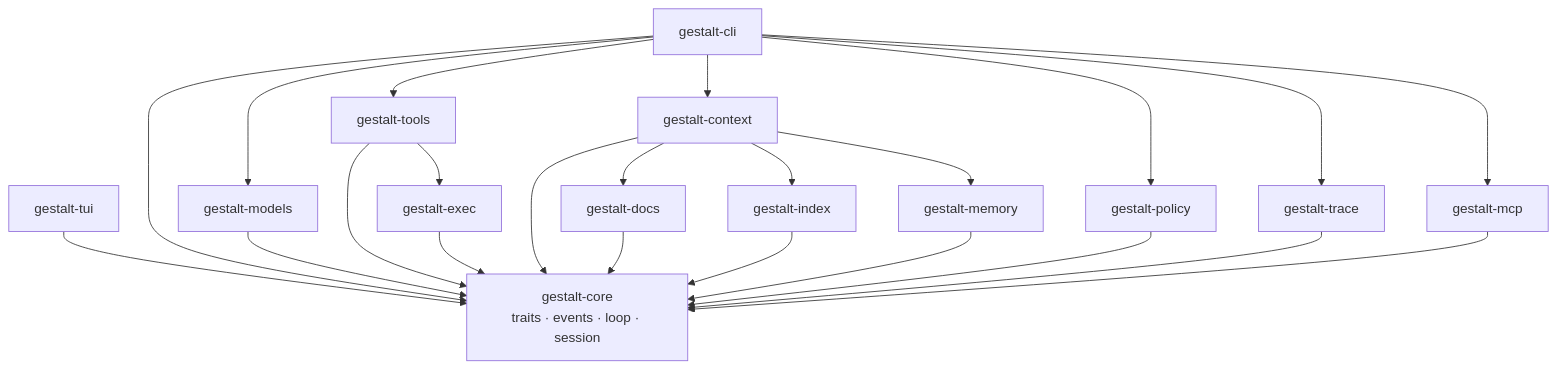
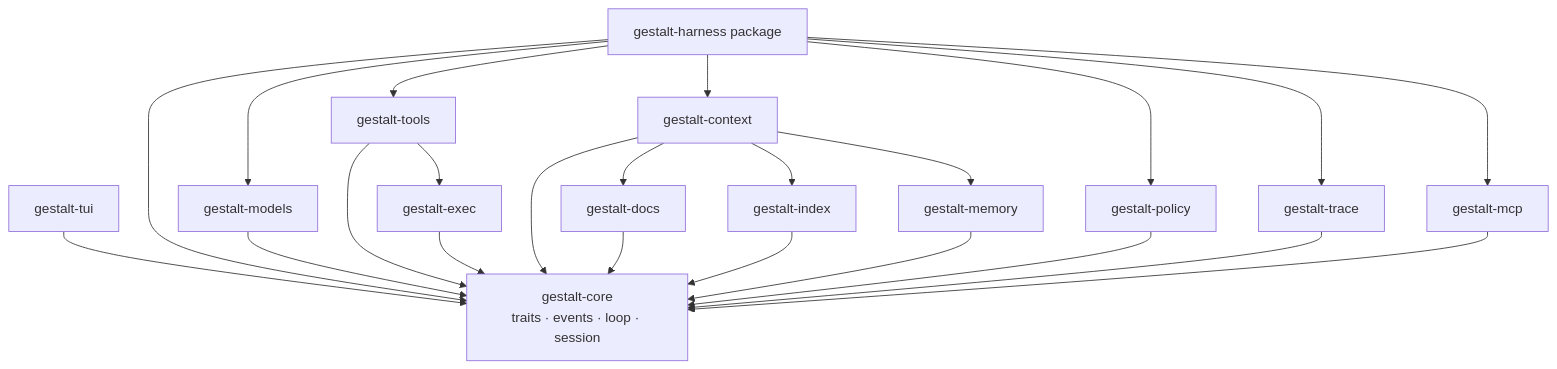
One commit to woshi517/gestalt-harness changed the second of 11 diagrams in docs/gestalt-harness-architecture.md. Above: the diagram before and after it, drawn with Mermaid. The commit also changed other lines of this file and 14 other files, not shown here.

````diff
--- a/docs/gestalt-harness-architecture.md
+++ b/docs/gestalt-harness-architecture.md
@@ -116,43 +116,43 @@
 ```mermaid
 graph TD
-    CLI[gestalt-cli]
+    CLI[gestalt-harness package]
     TUI[gestalt-tui]
 
     Core[gestalt-core<br/>traits · events · loop · session]
 
     Models[gestalt-models]
     Tools[gestalt-tools]
     Context[gestalt-context]
     Policy[gestalt-policy]
     Trace[gestalt-trace]
     MCP[gestalt-mcp]
     Exec[gestalt-exec]
     Docs[gestalt-docs]
     Index[gestalt-index]
     Memory[gestalt-memory]
 
     CLI --> Core
     CLI --> Models
     CLI --> Tools
     CLI --> Context
     CLI --> Policy
     CLI --> Trace
     CLI --> MCP
 
     TUI --> Core
 
     Models --> Core
     Tools --> Core
     Tools --> Exec
     Context --> Core
     Context --> Docs
     Context --> Index
     Context --> Memory
     Policy --> Core
     Trace --> Core
     MCP --> Core
     Docs --> Core
     Index --> Core
     Memory --> Core
     Exec --> Core
 ```
````
